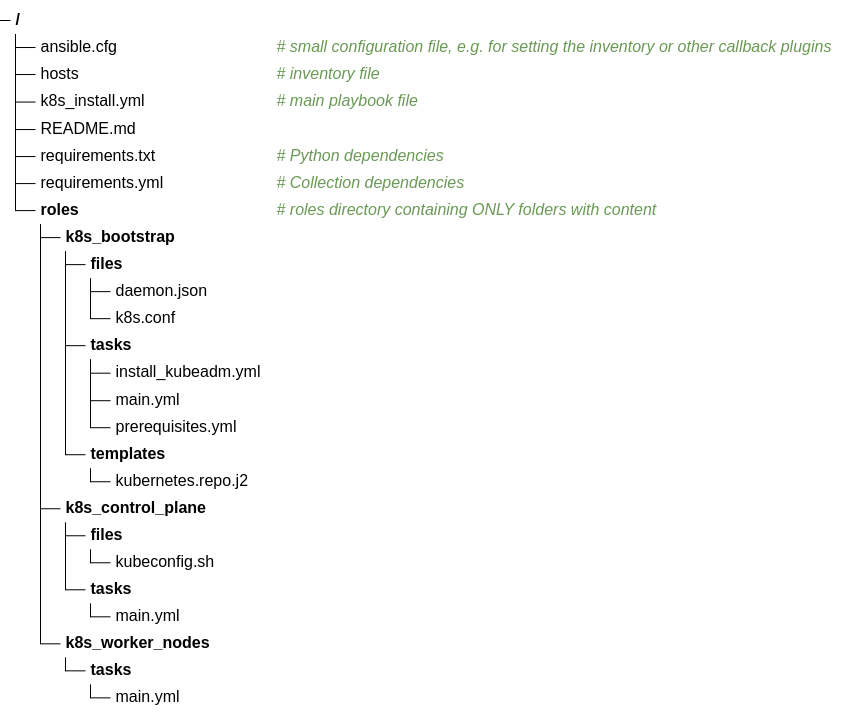
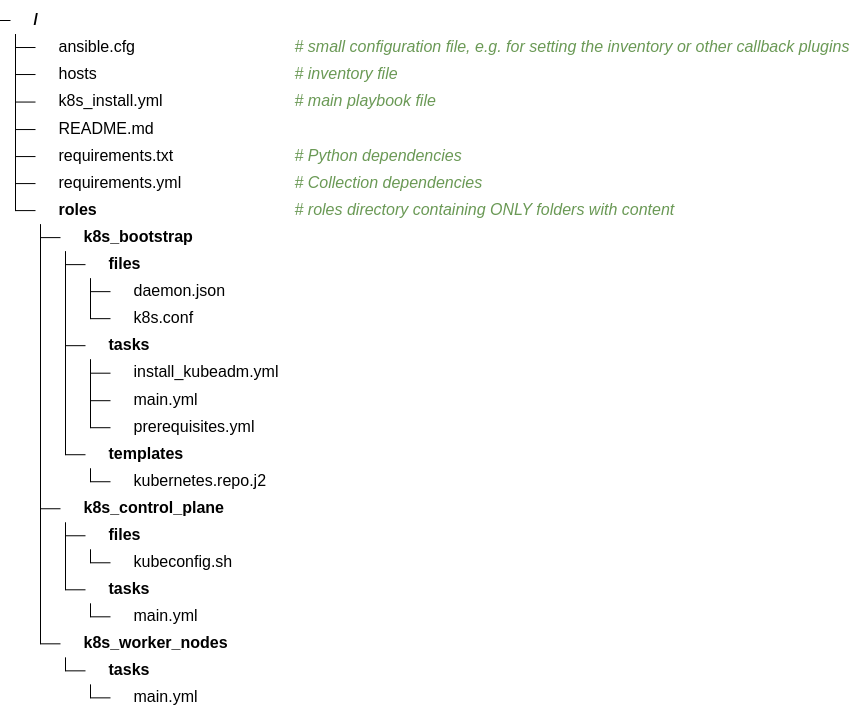
One commit to computacenter-com/ansible-best-practices changed the first of 3 diagrams in docs/ansible/project.md. Above: the diagram before and after it, drawn with Mermaid (forest theme). The commit also changed other lines of this file and 9 other files, not shown here.

Commit message:
Added logos to all treeView diagrams. Added JS script to register icon packs.

````diff
--- a/docs/ansible/project.md
+++ b/docs/ansible/project.md
@@ -24,33 +24,45 @@
     ``` mermaid
     ---
     config:
       treeView:
         rowIndent: 20
+        defaultIconPack: vscode-icons
+        showIcons: true
+        filenameIcons:
+          hosts: file-type-config
+          requirements.txt: file-type-pypi
+        extensionIcons:
+          .cfg: file-type-config
+          .j2: file-type-jinja
+          .json: file-type-json
+          .md: file-type-markdown
+          .sh: file-type-shell
+          .yml: file-type-light-yaml-official
     ---
     treeView-beta
     ├── ansible.cfg ## # small configuration file, e.g. for setting the inventory or other callback plugins
     ├── hosts ## # inventory file
     ├── k8s_install.yml ## # main playbook file
     ├── README.md
     ├── requirements.txt ## # Python dependencies
     ├── requirements.yml ## # Collection dependencies
     └── roles/ ## # roles directory containing ONLY folders with content
         ├── k8s_bootstrap/
         │   ├── files/
         │   │   ├── daemon.json
         │   │   └── k8s.conf
         │   ├── tasks/
         │   │   ├── install_kubeadm.yml
         │   │   ├── main.yml
         │   │   └── prerequisites.yml
         │   └── templates/
         │       └── kubernetes.repo.j2
         ├── k8s_control_plane/
         │   ├── files/
         │   │   └── kubeconfig.sh
         │   └── tasks/
         │       └── main.yml
         └── k8s_worker_nodes/
             └── tasks/
                 └── main.yml
     ```
````
